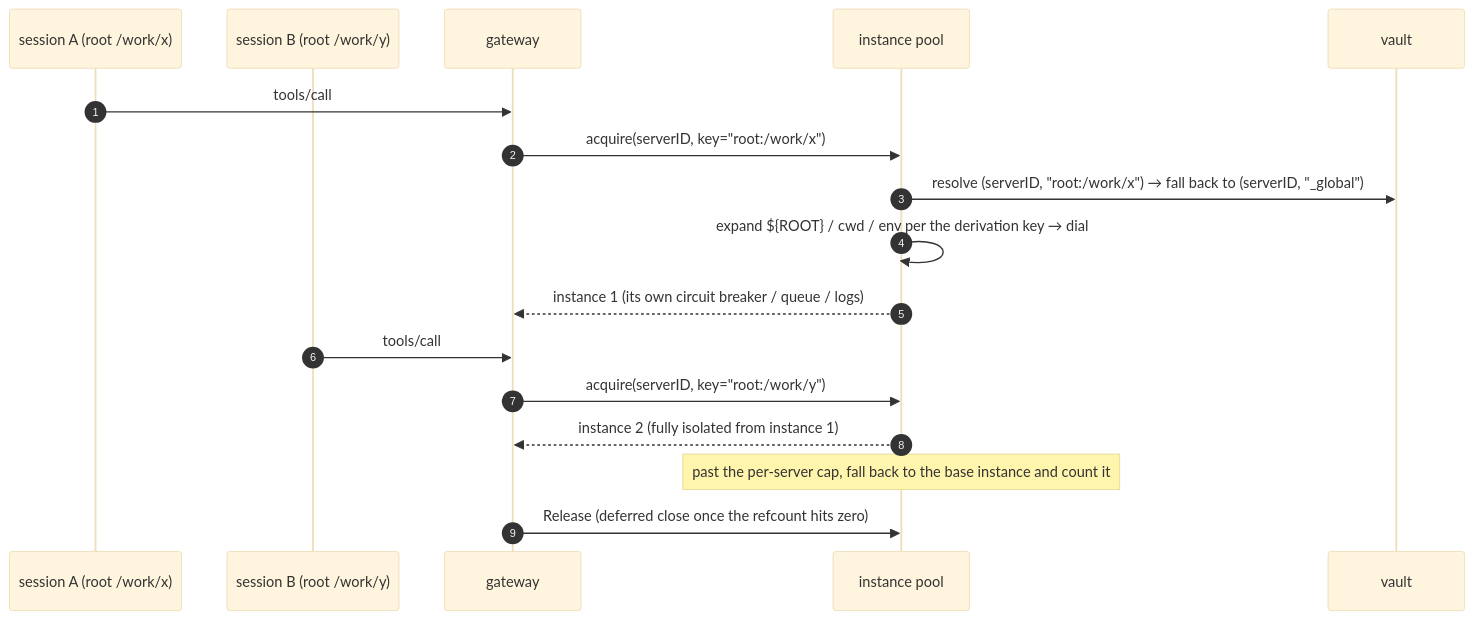
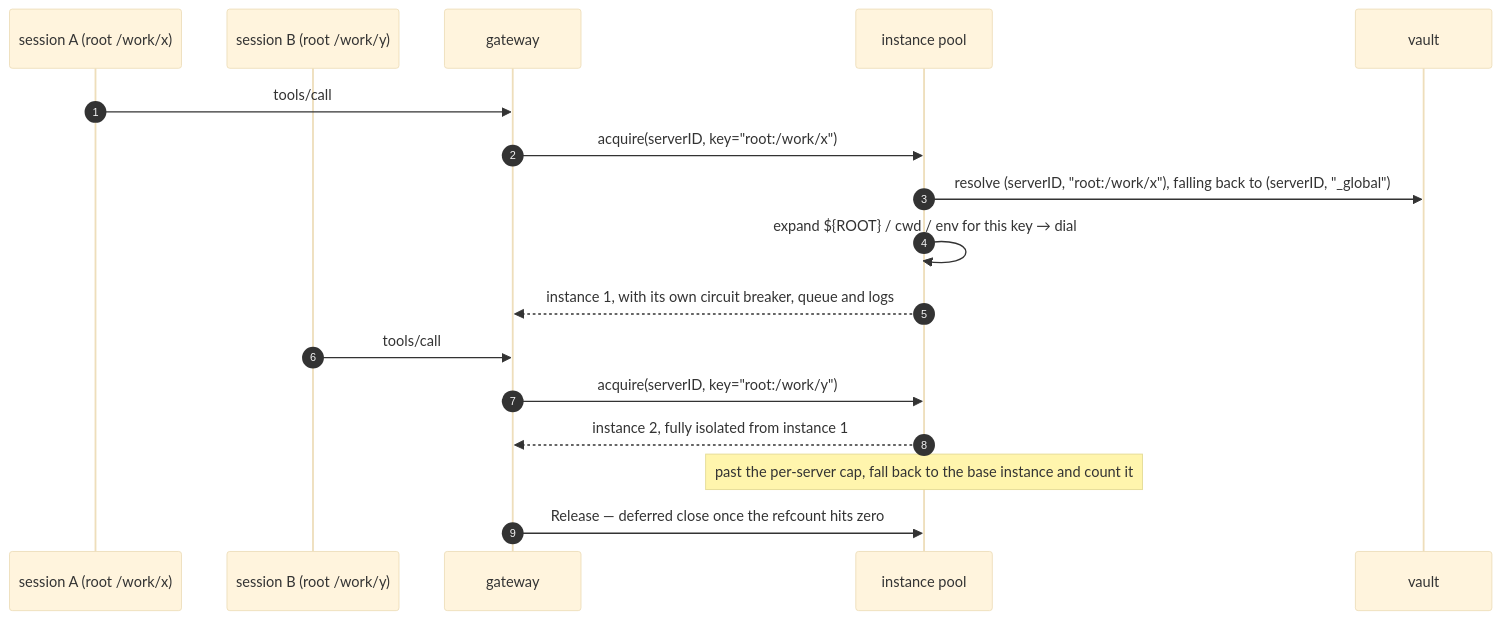
One commit to dinstein/agent-hub changed the sixth of 7 diagrams in docs/flows.md. Above: the diagram before and after it, drawn with Mermaid (base theme). The commit also changed other lines of this file and 9 other files, not shown here.

First line of the commit message:
docs: rewrite flows, and retire the numbered-section check

````diff
--- a/docs/flows.md
+++ b/docs/flows.md
@@ -297,20 +274,20 @@
 ```mermaid
 sequenceDiagram
     autonumber
     participant S1 as session A (root /work/x)
     participant S2 as session B (root /work/y)
     participant G as gateway
     participant PL as instance pool
     participant V as vault
 
     S1->>G: tools/call
     G->>PL: acquire(serverID, key="root:/work/x")
-    PL->>V: resolve (serverID, "root:/work/x") → fall back to (serverID, "_global")
-    PL->>PL: expand ${ROOT} / cwd / env per the derivation key → dial
-    PL-->>G: instance 1 (its own circuit breaker / queue / logs)
+    PL->>V: resolve (serverID, "root:/work/x"), falling back to (serverID, "_global")
+    PL->>PL: expand ${ROOT} / cwd / env for this key → dial
+    PL-->>G: instance 1, with its own circuit breaker, queue and logs
     S2->>G: tools/call
     G->>PL: acquire(serverID, key="root:/work/y")
-    PL-->>G: instance 2 (fully isolated from instance 1)
+    PL-->>G: instance 2, fully isolated from instance 1
     Note over PL: past the per-server cap, fall back to the base instance and count it
-    G->>PL: Release (deferred close once the refcount hits zero)
+    G->>PL: Release — deferred close once the refcount hits zero
 ```
````
